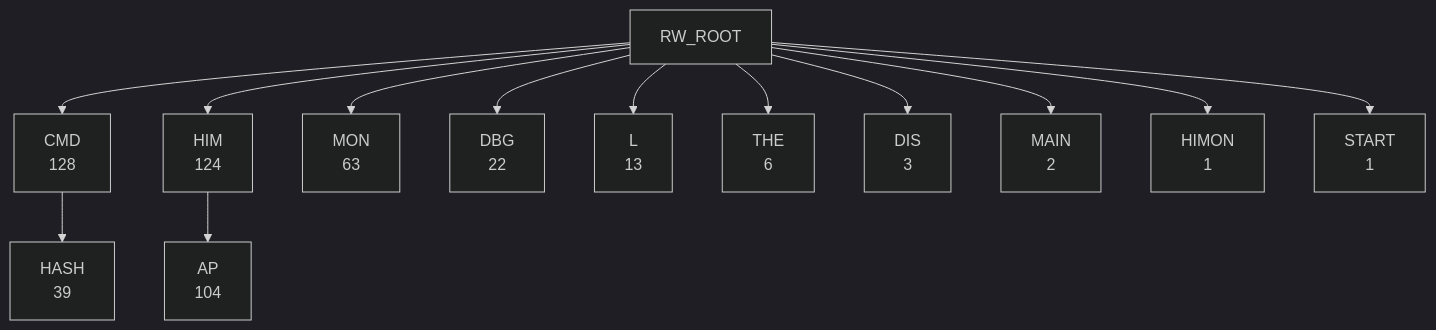
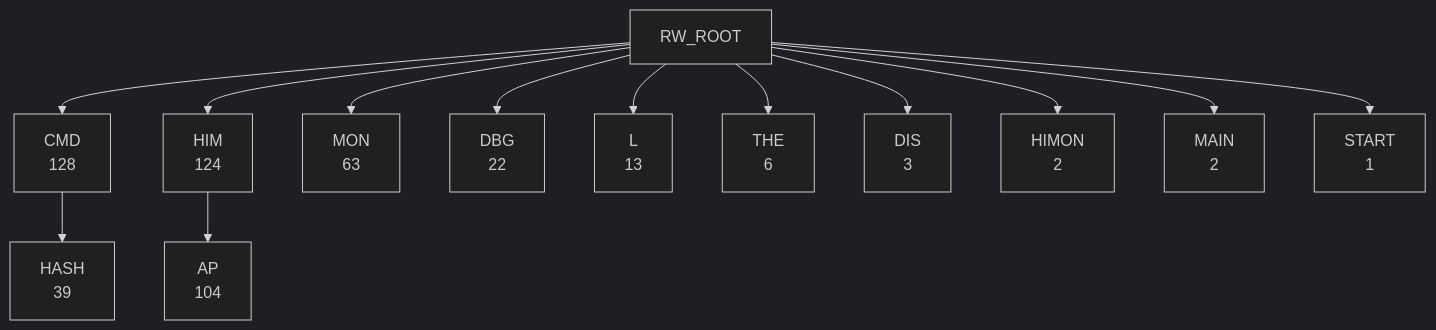
Before and after one commit to 95westus/R-YORS: the second of 6 diagrams in DOC/GENERATED/ROUTINE_WORD_TREE.md, drawn with Mermaid (dark theme). The commit also changed other lines of this file and 32 other files, not shown here.

````diff
--- a/DOC/GENERATED/ROUTINE_WORD_TREE.md
+++ b/DOC/GENERATED/ROUTINE_WORD_TREE.md
@@ -28,15 +28,15 @@
 ```mermaid
 flowchart TD
     RW_ROOT --> RW_CMD["CMD<br/>128"]
     RW_ROOT --> RW_HIM["HIM<br/>124"]
     RW_ROOT --> RW_MON["MON<br/>63"]
     RW_ROOT --> RW_DBG["DBG<br/>22"]
     RW_ROOT --> RW_L["L<br/>13"]
     RW_ROOT --> RW_THE["THE<br/>6"]
     RW_ROOT --> RW_DIS["DIS<br/>3"]
+    RW_ROOT --> RW_HIMON["HIMON<br/>2"]
     RW_ROOT --> RW_MAIN["MAIN<br/>2"]
-    RW_ROOT --> RW_HIMON["HIMON<br/>1"]
     RW_ROOT --> RW_START["START<br/>1"]
     RW_HIM --> RW_HIM_AP["AP<br/>104"]
     RW_CMD --> RW_CMD_HASH["HASH<br/>39"]
 ```
````
